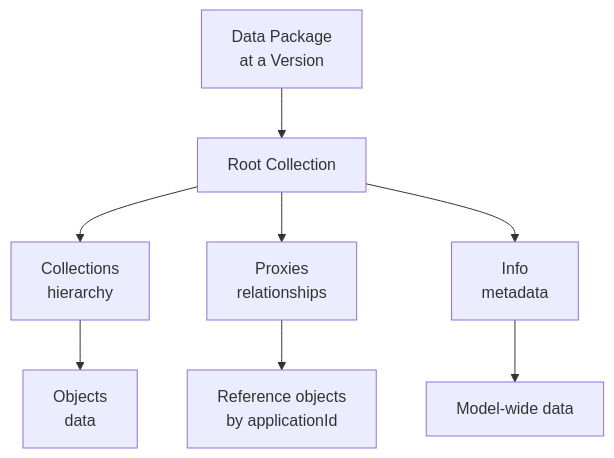
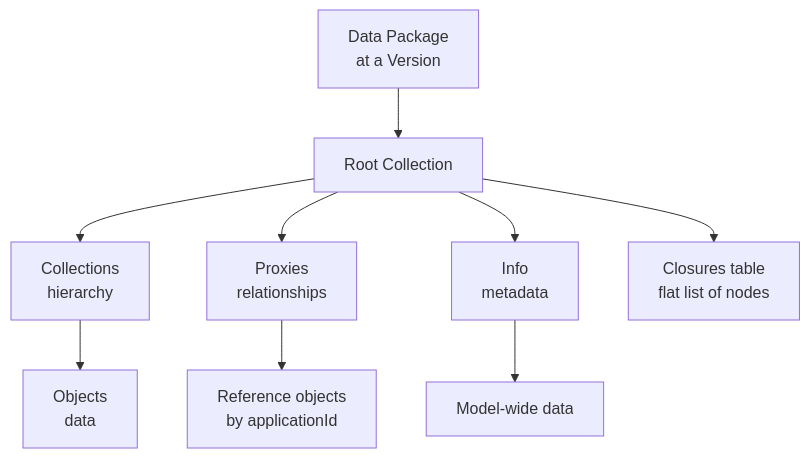
One commit to specklesystems/speckle-docs-NEW changed the second of 2 diagrams in developers/data-schema/concepts.mdx. Above: the diagram before and after it, drawn with Mermaid. The commit also changed 6 other files, not shown here.

````diff
--- a/developers/data-schema/concepts.mdx
+++ b/developers/data-schema/concepts.mdx
@@ -175,13 +175,14 @@
 ```mermaid
 graph TD
     A[Data Package<br/>at a Version] --> B[Root Collection]
     B --> C[Collections<br/>hierarchy]
     B --> D[Proxies<br/>relationships]
     B --> E[Info<br/>metadata]
+    B --> F[Closures table<br/>flat list of nodes]
     
-    C --> F[Objects<br/>data]
+    C --> G[Objects<br/>data]
     
-    D --> G[Reference objects<br/>by applicationId]
+    D --> H[Reference objects<br/>by applicationId]
     
-    E --> H[Model-wide data]
+    E --> I[Model-wide data]
 ```
````
